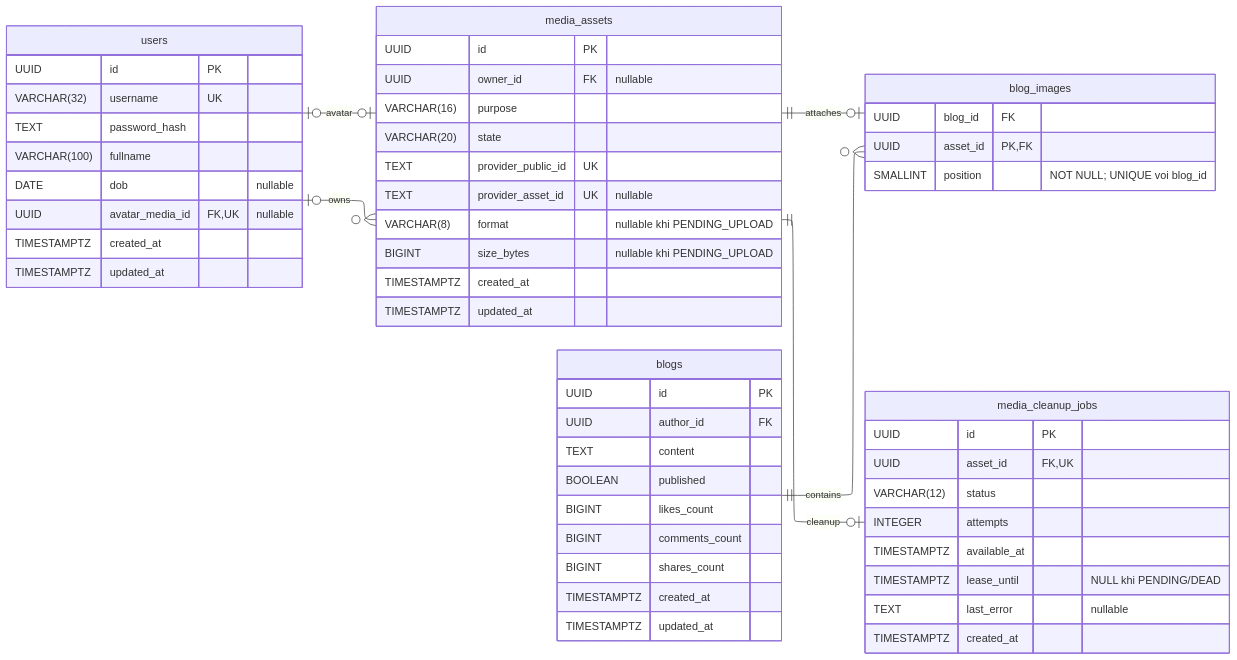
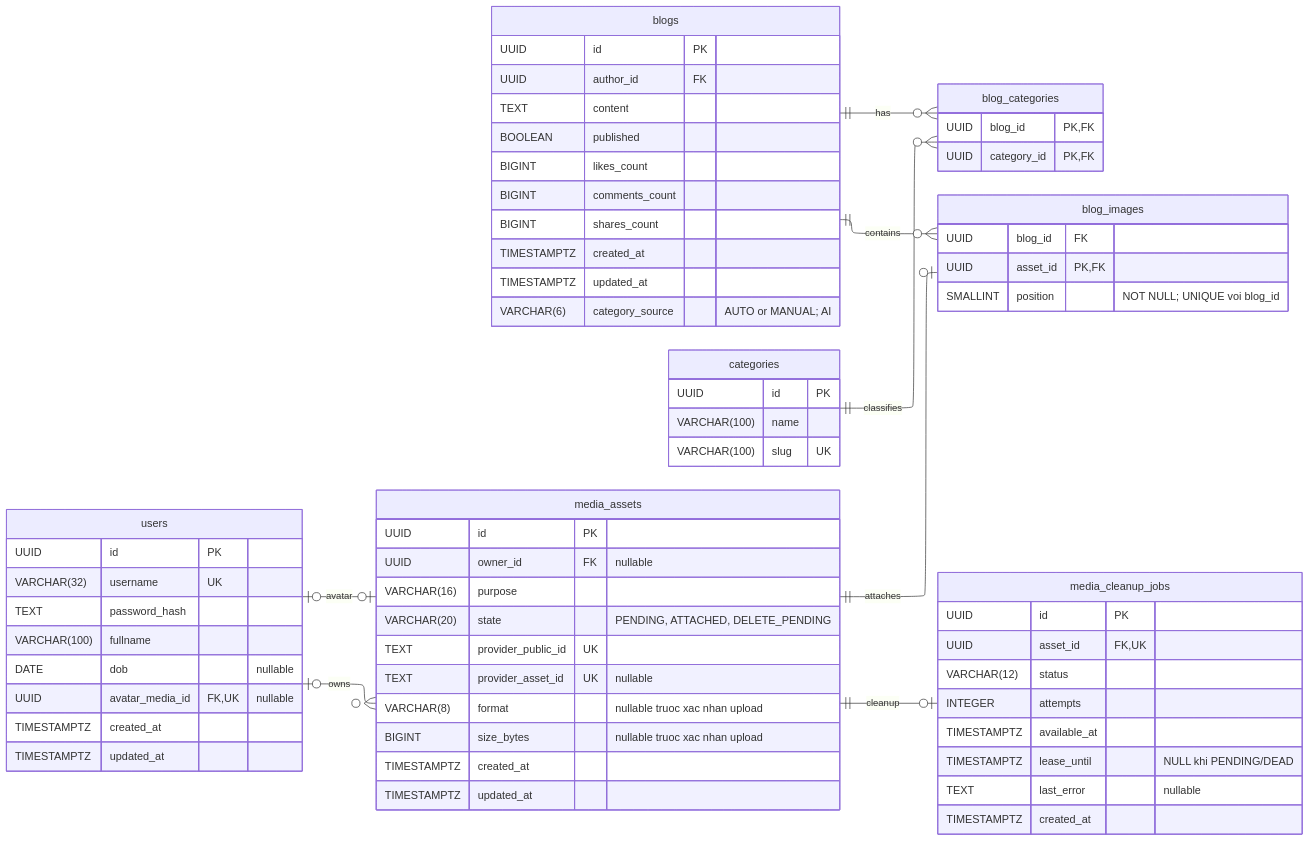
Before and after one commit to Ngocanhjr/SoulSpace: the fourth of 4 diagrams in docs/spec/03-postgresql.md, drawn with Mermaid. The commit also changed other lines of this file and 18 other files, not shown here.

````diff
--- a/docs/spec/03-postgresql.md
+++ b/docs/spec/03-postgresql.md
@@ -312,66 +358,80 @@
 ```mermaid
 ---
 config:
   layout: elk
 ---
 erDiagram
     direction LR
+    blogs ||--o{ blog_categories : has
+    categories ||--o{ blog_categories : classifies
     users o|--o{ media_assets : owns
     users o|--o| media_assets : avatar
     blogs ||--o{ blog_images : contains
     media_assets ||--o| blog_images : attaches
     media_assets ||--o| media_cleanup_jobs : cleanup
 
     users {
         UUID id PK
         VARCHAR(32) username UK
         TEXT password_hash
         VARCHAR(100) fullname
         DATE dob "nullable"
         UUID avatar_media_id FK, UK "nullable"
         TIMESTAMPTZ created_at
         TIMESTAMPTZ updated_at
     }
 
+    blog_categories {
+        UUID blog_id PK, FK
+        UUID category_id PK, FK
+    }
+
+    categories {
+        UUID id PK
+        VARCHAR(100) name
+        VARCHAR(100) slug UK
+    }
+
     blogs {
         UUID id PK
         UUID author_id FK
         TEXT content
         BOOLEAN published
         BIGINT likes_count
         BIGINT comments_count
         BIGINT shares_count
         TIMESTAMPTZ created_at
         TIMESTAMPTZ updated_at
+        VARCHAR(6) category_source "AUTO or MANUAL; AI"
     }
 
     media_assets {
         UUID id PK
         UUID owner_id FK "nullable"
         VARCHAR(16) purpose
-        VARCHAR(20) state
+        VARCHAR(20) state "PENDING, ATTACHED, DELETE_PENDING"
         TEXT provider_public_id UK
         TEXT provider_asset_id UK "nullable"
-        VARCHAR(8) format "nullable khi PENDING_UPLOAD"
-        BIGINT size_bytes "nullable khi PENDING_UPLOAD"
+        VARCHAR(8) format "nullable truoc xac nhan upload"
+        BIGINT size_bytes "nullable truoc xac nhan upload"
         TIMESTAMPTZ created_at
         TIMESTAMPTZ updated_at
     }
 
     blog_images {
         UUID blog_id FK
         UUID asset_id PK, FK
         SMALLINT position "NOT NULL; UNIQUE voi blog_id"
     }
 
     media_cleanup_jobs {
         UUID id PK
         UUID asset_id FK, UK
         VARCHAR(12) status
         INTEGER attempts
         TIMESTAMPTZ available_at
         TIMESTAMPTZ lease_until "NULL khi PENDING/DEAD"
         TEXT last_error "nullable"
         TIMESTAMPTZ created_at
     }
 ```
````
